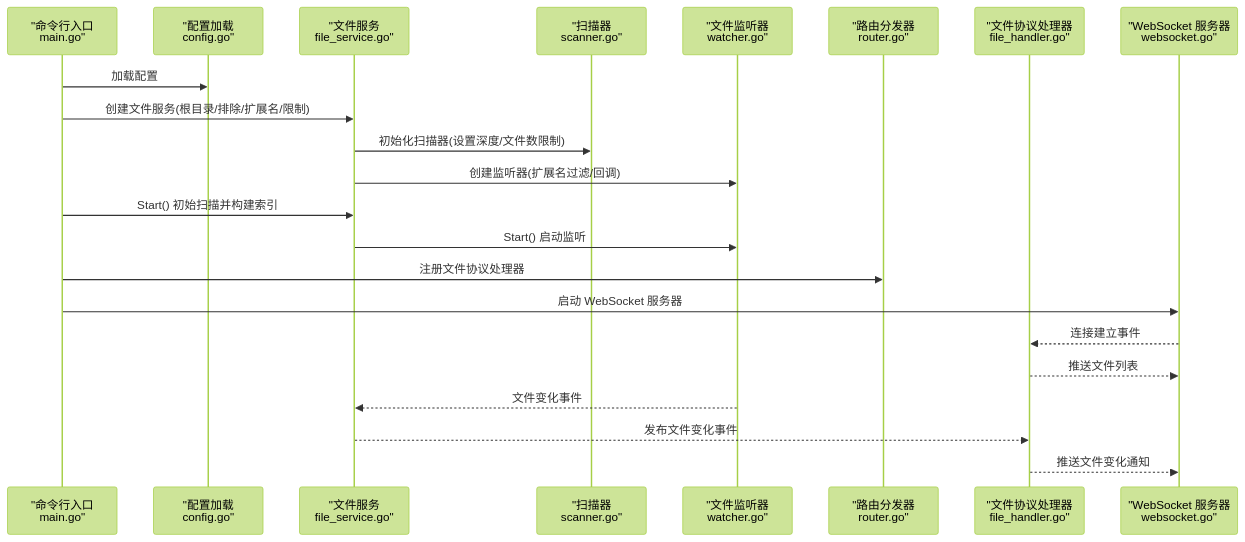
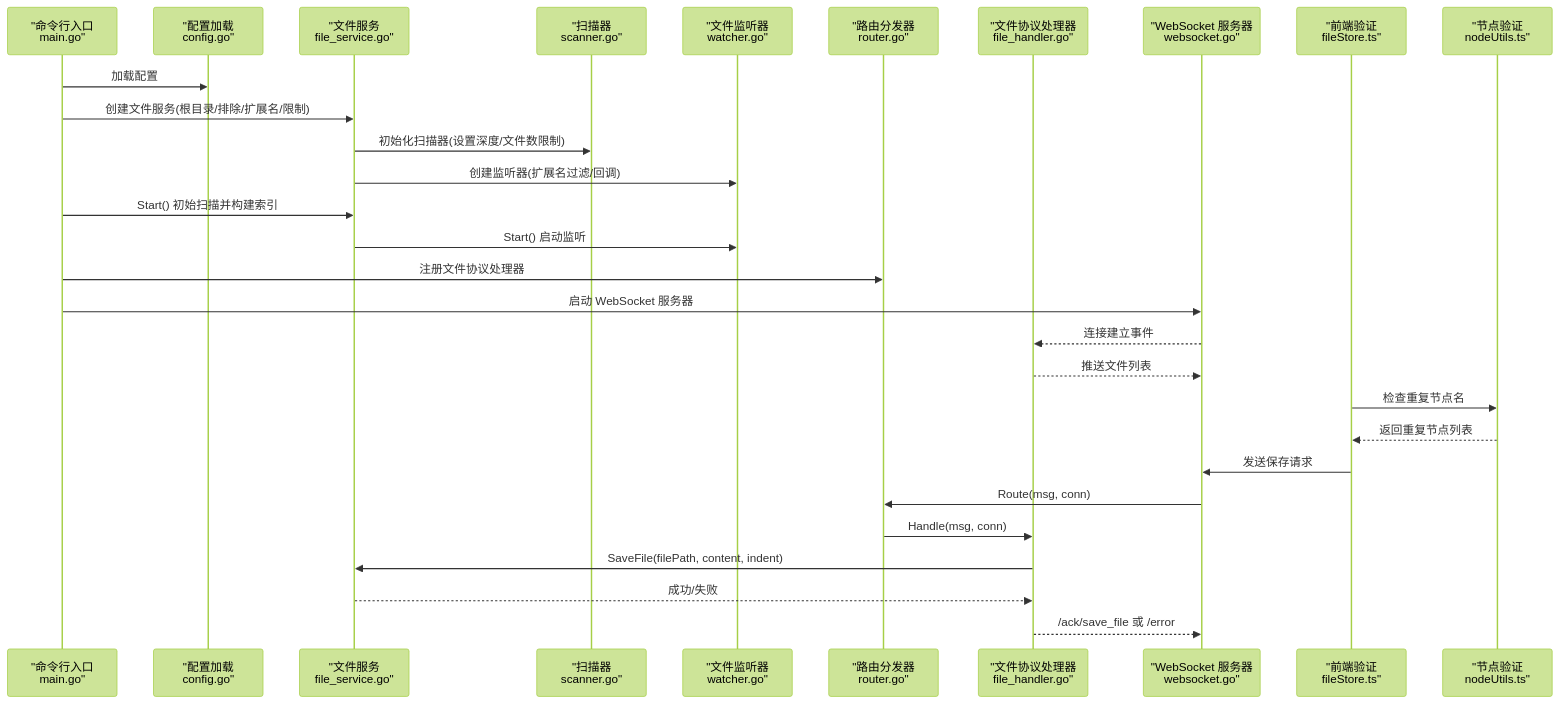
One commit to kqcoxn/MaaPipelineEditor changed the second of 8 diagrams in .qoder/repowiki/zh/content/本地服务集成/文件管理系统.md. Above: the diagram before and after it, drawn with Mermaid (forest theme). The commit also changed other lines of this file and 16 other files, not shown here.

````diff
--- a/.qoder/repowiki/zh/content/本地服务集成/文件管理系统.md
+++ b/.qoder/repowiki/zh/content/本地服务集成/文件管理系统.md
@@ -129,24 +158,31 @@
 ```mermaid
 sequenceDiagram
 participant CLI as "命令行入口<br/>main.go"
 participant CFG as "配置加载<br/>config.go"
 participant FS as "文件服务<br/>file_service.go"
 participant SC as "扫描器<br/>scanner.go"
 participant WK as "文件监听器<br/>watcher.go"
 participant RT as "路由分发器<br/>router.go"
 participant FH as "文件协议处理器<br/>file_handler.go"
 participant WS as "WebSocket 服务器<br/>websocket.go"
+participant FE as "前端验证<br/>fileStore.ts"
+participant NV as "节点验证<br/>nodeUtils.ts"
 CLI->>CFG : 加载配置
 CLI->>FS : 创建文件服务(根目录/排除/扩展名/限制)
 FS->>SC : 初始化扫描器(设置深度/文件数限制)
 FS->>WK : 创建监听器(扩展名过滤/回调)
 CLI->>FS : Start() 初始扫描并构建索引
 FS->>WK : Start() 启动监听
 CLI->>RT : 注册文件协议处理器
 CLI->>WS : 启动 WebSocket 服务器
 WS-->>FH : 连接建立事件
 FH-->>WS : 推送文件列表
-WK-->>FS : 文件变化事件
-FS-->>FH : 发布文件变化事件
-FH-->>WS : 推送文件变化通知
+FE->>NV : 检查重复节点名
+NV-->>FE : 返回重复节点列表
+FE->>WS : 发送保存请求
+WS->>RT : Route(msg, conn)
+RT->>FH : Handle(msg, conn)
+FH->>FS : SaveFile(filePath, content, indent)
+FS-->>FH : 成功/失败
+FH-->>WS : /ack/save_file 或 /error
 ```
````
